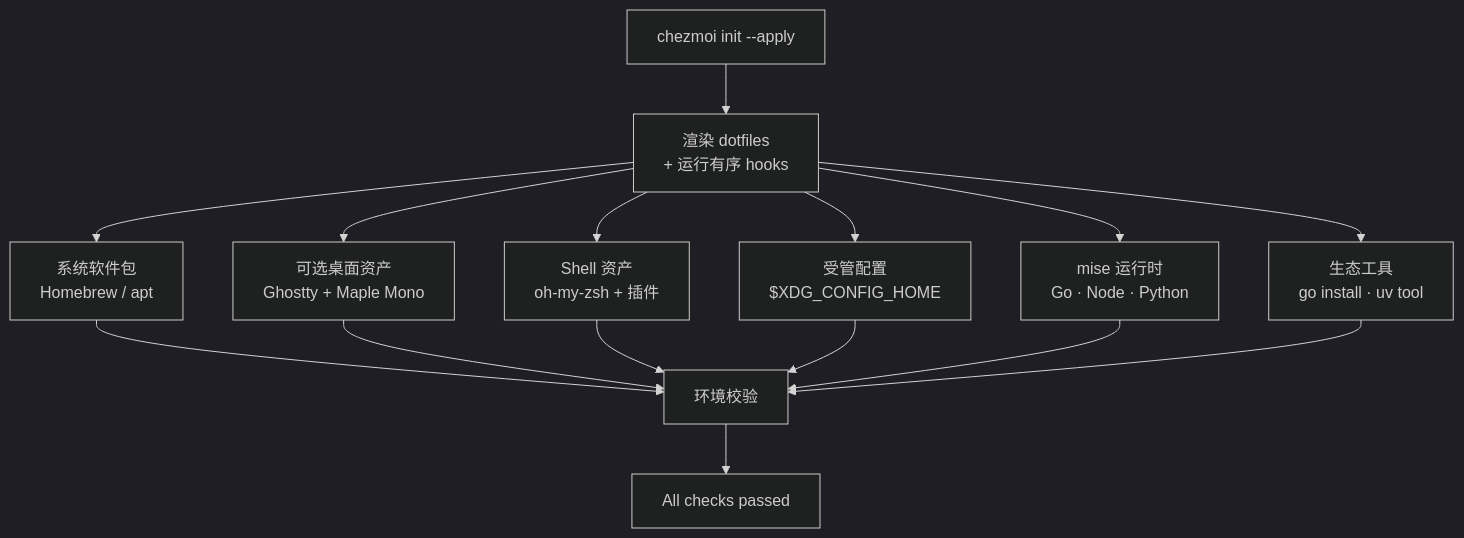
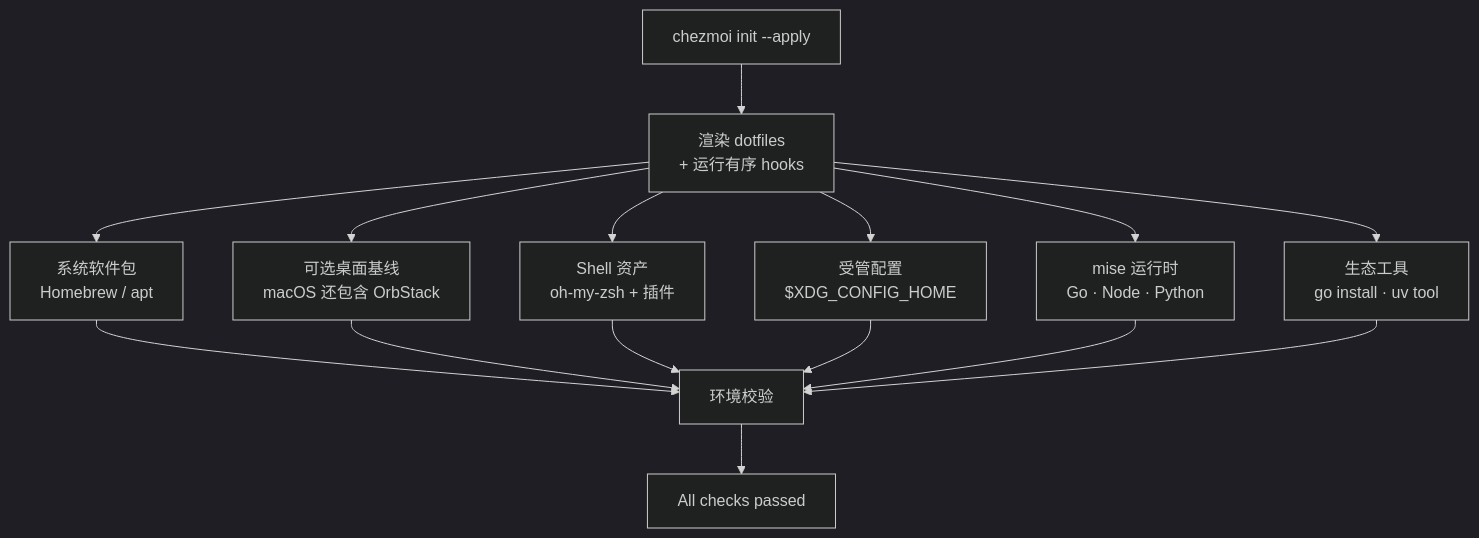
Before and after one commit to kangmingxuan/oh-my-devenv: the diagram in README.zh.md, drawn with Mermaid (dark theme). The commit also changed other lines of this file and 18 other files, not shown here.

Commit message:
feat: add OrbStack to the macOS desktop baseline (#26)

````diff
--- a/README.zh.md
+++ b/README.zh.md
@@ -30,17 +30,17 @@
 ```mermaid
 flowchart TD
     A["chezmoi init --apply"] --> B["渲染 dotfiles<br/>+ 运行有序 hooks"]
     B --> C["系统软件包<br/>Homebrew / apt"]
-    B --> D["可选桌面资产<br/>Ghostty + Maple Mono"]
+    B --> D["可选桌面基线<br/>macOS 还包含 OrbStack"]
     B --> E["Shell 资产<br/>oh-my-zsh + 插件"]
     B --> X["受管配置<br/>$XDG_CONFIG_HOME"]
     B --> F["mise 运行时<br/>Go · Node · Python"]
     B --> G["生态工具<br/>go install · uv tool"]
     C --> H["环境校验"]
     D --> H
     E --> H
     X --> H
     F --> H
     G --> H
     H --> I["All checks passed"]
 ```
````
